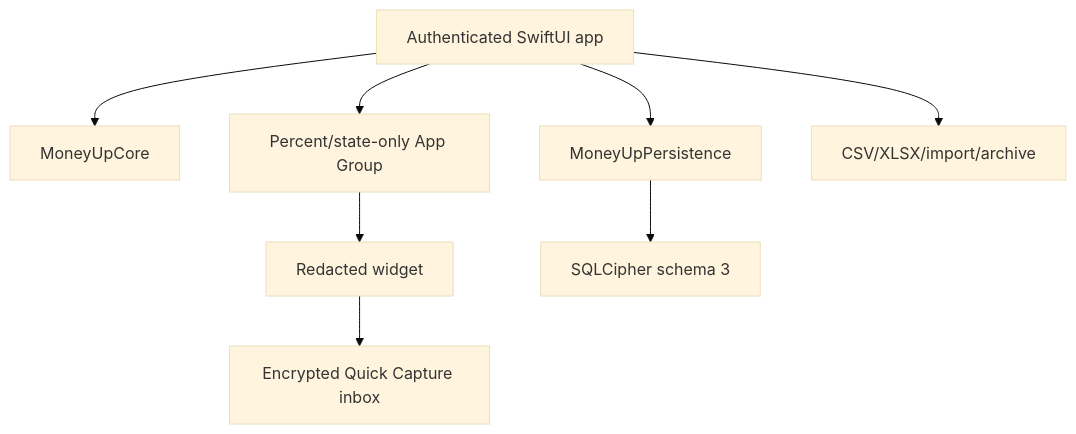
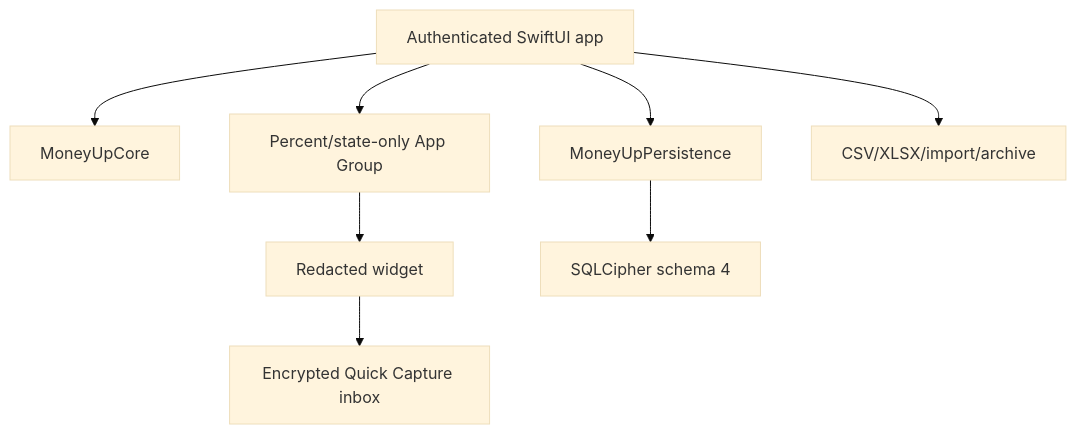
Before and after one commit to LaiWenKang/MoneyUp: the diagram in docs/ARCHITECTURE.md, drawn with Mermaid (base theme). The commit also changed other lines of this file and 45 other files, not shown here.

````diff
--- a/docs/ARCHITECTURE.md
+++ b/docs/ARCHITECTURE.md
@@ -5,10 +5,10 @@
 ```mermaid
 flowchart TD
     Widget["Redacted widget"] --> Capture["Encrypted Quick Capture inbox"]
     App["Authenticated SwiftUI app"] --> Core["MoneyUpCore"]
     App --> Store["MoneyUpPersistence"]
-    Store --> Cipher["SQLCipher schema 3"]
+    Store --> Cipher["SQLCipher schema 4"]
     App --> Shared["Percent/state-only App Group"]
     Shared --> Widget
     App --> Files["CSV/XLSX/import/archive"]
 ```
````
